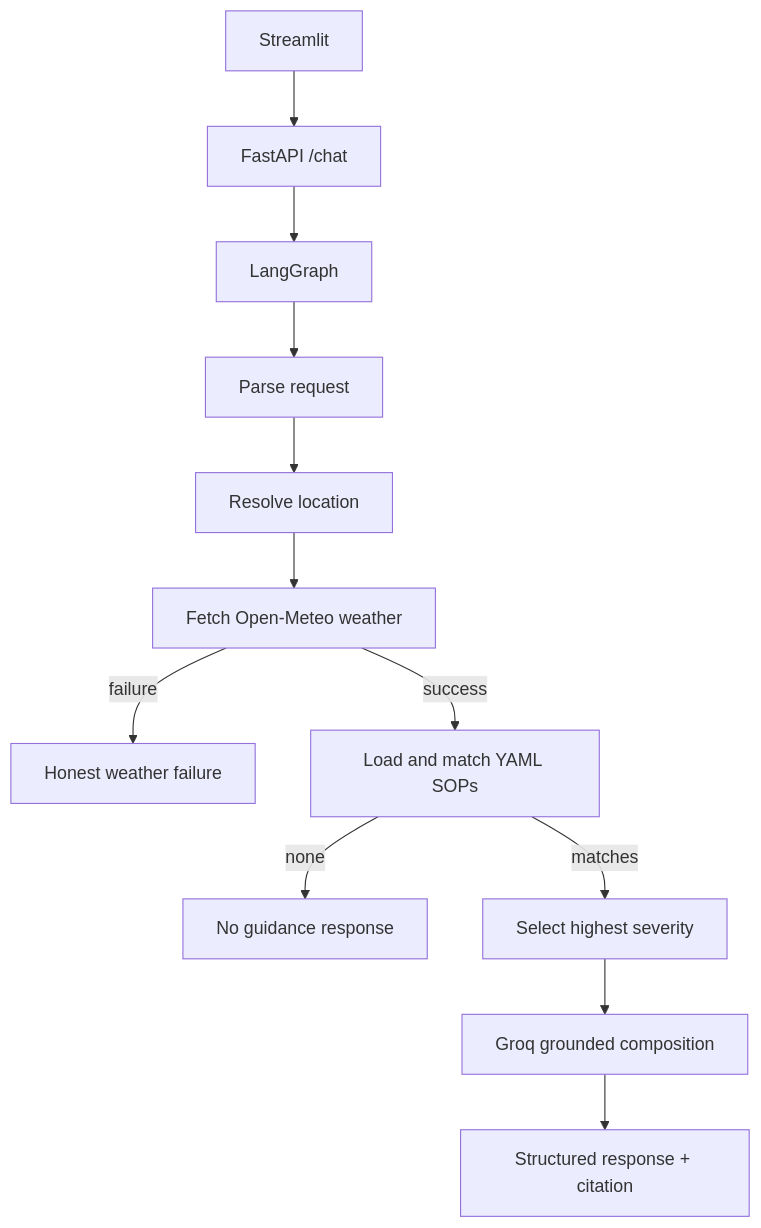
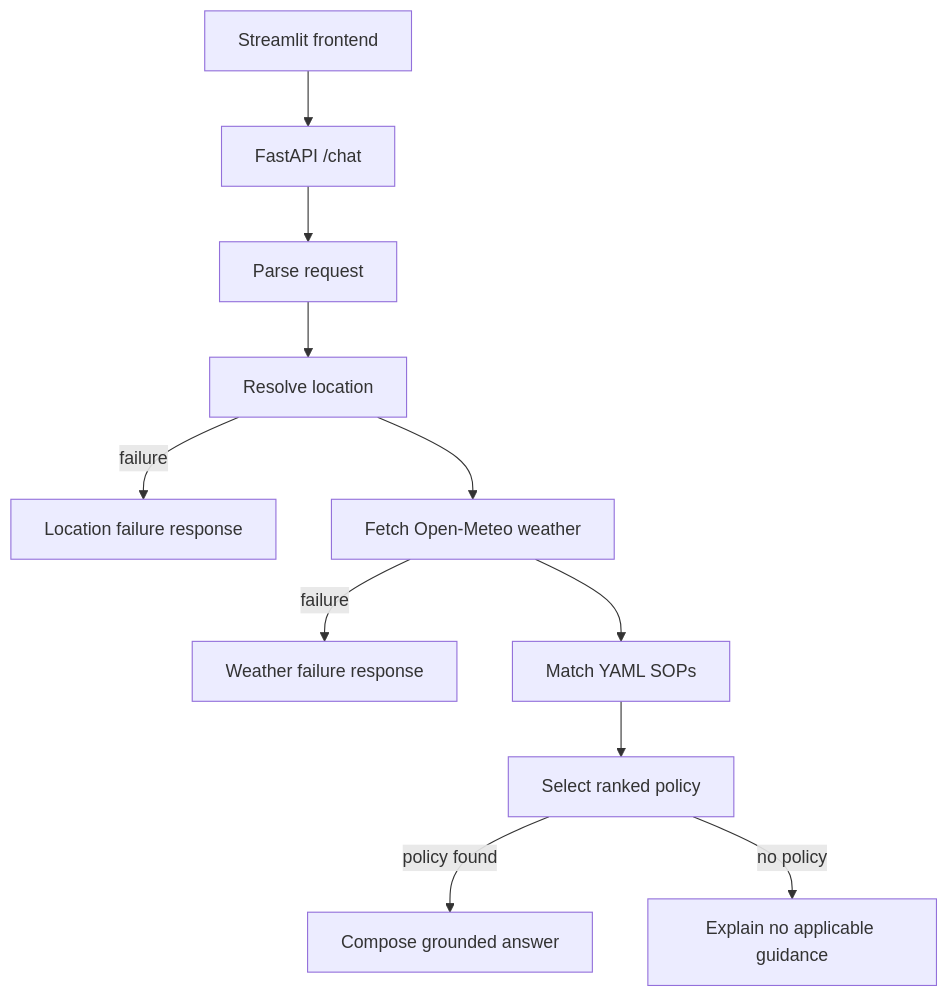
The diagram in README.md (Kallappa2005/Wheather-Advisory-chatbot), drawn with Mermaid before and after one commit. The commit also changed other lines of this file, not shown here.

````diff
--- a/README.md
+++ b/README.md
@@ -13,14 +118,13 @@
 ```mermaid
 flowchart TD
-    UI[Streamlit] --> API[FastAPI /chat]
-    API --> G[LangGraph]
-    G --> N1[Parse request]
-    N1 --> N2[Resolve location]
-    N2 --> N3[Fetch Open-Meteo weather]
-    N3 -->|failure| F[Honest weather failure]
-    N3 -->|success| P[Load and match YAML SOPs]
-    P -->|none| NP[No guidance response]
-    P -->|matches| S[Select highest severity]
-    S --> L[Groq grounded composition]
-    L --> R[Structured response + citation]
+    UI[Streamlit frontend] --> API[FastAPI /chat]
+    API --> P[Parse request]
+    P --> L[Resolve location]
+    L -->|failure| LF[Location failure response]
+    L --> W[Fetch Open-Meteo weather]
+    W -->|failure| WF[Weather failure response]
+    W --> M[Match YAML SOPs]
+    M --> S[Select ranked policy]
+    S -->|policy found| R[Compose grounded answer]
+    S -->|no policy| N[Explain no applicable guidance]
 ```
````
